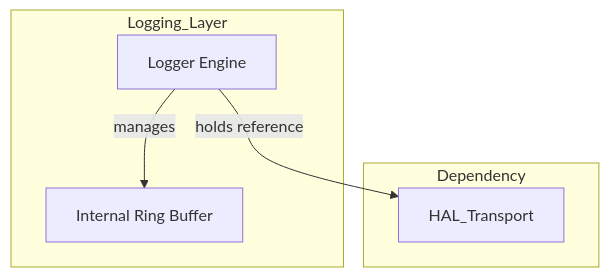
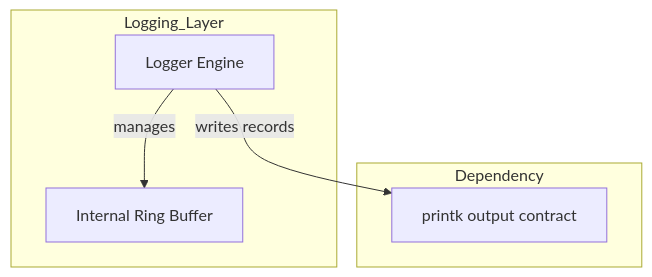
One commit to kmt-t/fireball changed the first of 3 diagrams in docs/components/tier2_runtime/runtime_logging.md. Above: the diagram before and after it, drawn with Mermaid. The commit also changed other lines of this file and 354 other files, not shown here.

````diff
--- a/docs/components/tier2_runtime/runtime_logging.md
+++ b/docs/components/tier2_runtime/runtime_logging.md
@@ -26,14 +26,14 @@
 ```mermaid
 flowchart TD
     subgraph Logging_Layer
         Engine[Logger Engine]
         RB[Internal Ring Buffer]
     end
 
     subgraph Dependency
-        HAL[HAL_Transport]
+        Printk[printk output contract]
     end
 
-    Engine -- holds reference --> HAL
+    Engine -- writes records --> Printk
     Engine -- manages --> RB
 ```
````
